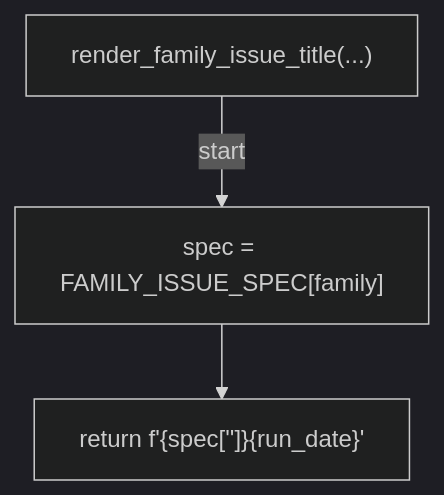
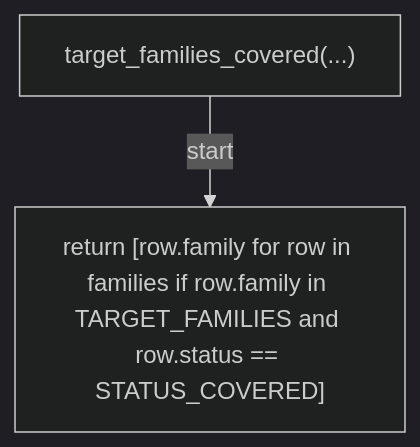
Before and after one commit to tvna/claude-md: diagram 19 of 30 in docs/generated/scripts/ast/security_drift_report.md, drawn with Mermaid (dark theme). The commit also changed other lines of this file and 4 other files, not shown here.

First line of the commit message:
docs(generated): regenerate decision tree and workflow diagrams

````diff
--- a/docs/generated/scripts/ast/security_drift_report.md
+++ b/docs/generated/scripts/ast/security_drift_report.md
@@ -299,8 +299,6 @@
 ```mermaid
 flowchart TD
-    N001["render_family_issue_title(...)"]
-    N002["spec = FAMILY_ISSUE_SPEC[family]"]
-    N003["return f'<str>{spec['<str>']}<str>{run_date}<str>'"]
+    N001["target_families_covered(...)"]
+    N002["return [row.family for row in families if row.family in TARGET_FAMILIES and row.status == STATUS_COVERED]"]
     N001 -->|"start"| N002
-    N002 --> N003
 ```
````
